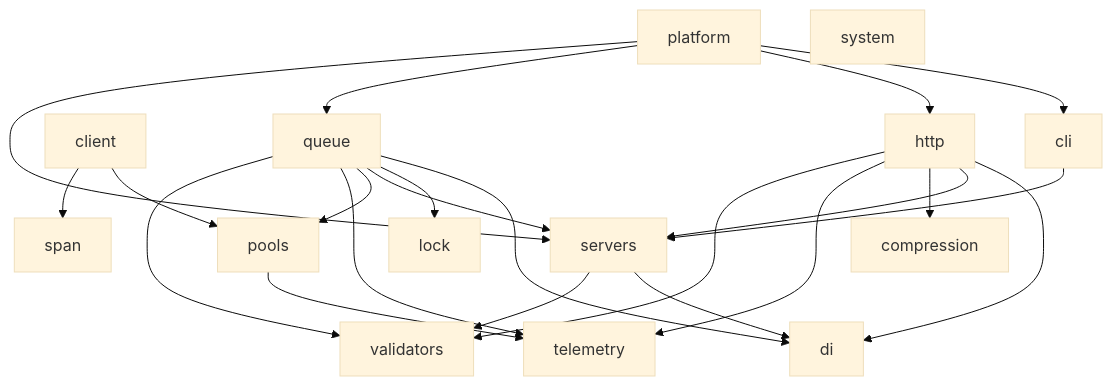
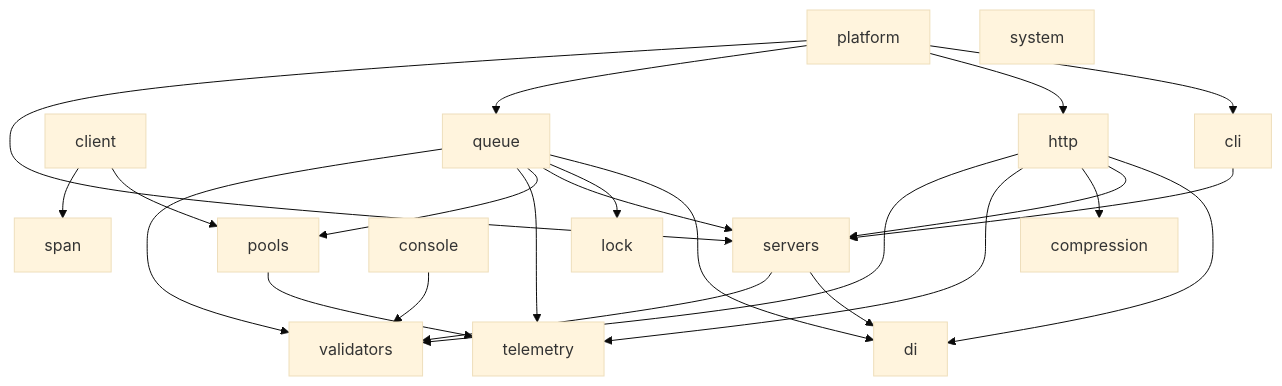
The diagram in README.md (utopia-php/monorepo), drawn with Mermaid (base theme) before and after one commit. The commit also changed 14 other files, not shown here.

````diff
--- a/README.md
+++ b/README.md
@@ -46,25 +46,26 @@
 ```mermaid
 graph TD
     cli --> servers
     client --> pools
     client --> span
+    console --> validators
     http --> di
     http --> servers
     http --> compression
     http --> telemetry
     http --> validators
     platform --> cli
     platform --> http
     platform --> queue
     platform --> servers
     pools --> telemetry
     queue --> di
     queue --> lock
     queue --> servers
     queue --> pools
     queue --> telemetry
     queue --> validators
     servers --> di
     servers --> validators
     system
 ```
````
